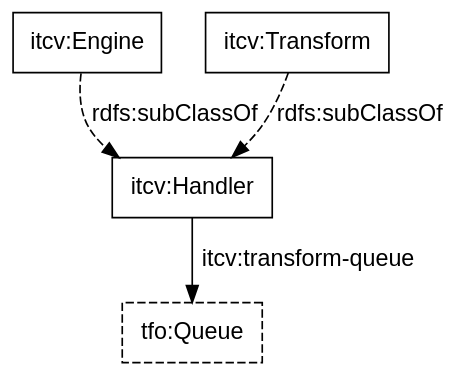
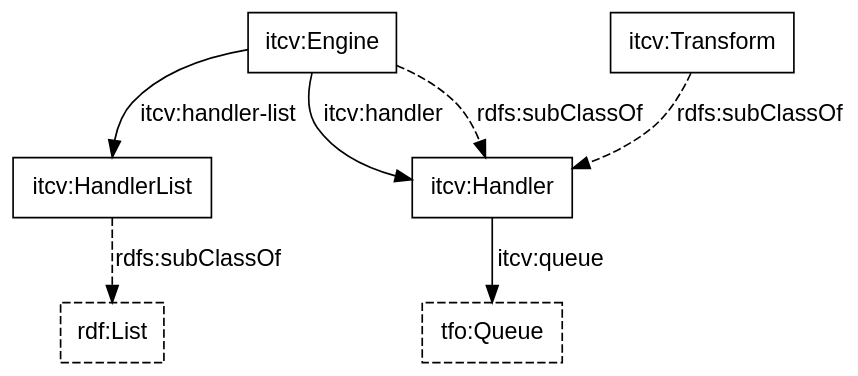
One commit to doriantaylor/owl-intertwingler-vocab changed the diagram in intertwingler-classes.dot. Above: the diagram before and after it, drawn with Graphviz. The commit also changed 2 other files, not shown here.

```diff
--- a/intertwingler-classes.dot
+++ b/intertwingler-classes.dot
@@ -1,32 +1,37 @@
 digraph {
     graph [bgcolor=transparent];
     node [shape=box,color="#000000",fontcolor="#000000",fontname="Lucida Grande, Lucida Sans Unicode, sans-serif"];
     edge [color="#000000",fontcolor="#000000",fontname="Lucida Grande, Lucida Sans Unicode, sans-serif"];
 
 
     // third-party stuff
 
     subgraph {
         node [style=dashed];
+        rdf_List [label="rdf:List", target="_parent", href="https://www.w3.org/TR/rdf-schema/#ch_list"];
         tfo_Queue [label="tfo:Queue", target="_parent", href="https://vocab.methodandstructure.com/transformation#Queue"];
     }
 
     // our classes
 
     itcv_Handler [label="itcv:Handler", target="_parent", href="https://vocab.methodandstructure.com/intertwingler#Handler"];
     itcv_Engine [label="itcv:Engine", target="_parent", href="https://vocab.methodandstructure.com/intertwingler#Engine"];
     itcv_Transform [label="itcv:Transform", target="_parent", href="https://vocab.methodandstructure.com/intertwingler#Transform"];
+    itcv_HandlerList [label="itcv:HandlerList", target="_parent", href="https://vocab.methodandstructure.com/intertwingler#HandlerList"];
 
     // subclass relations
 
     subgraph {
         edge [style=dashed, label="rdfs:subClassOf"];
 
         itcv_Engine    -> itcv_Handler;
         itcv_Transform -> itcv_Handler;
+        itcv_HandlerList -> rdf_List;
     }
 
     // main relations
 
-    itcv_Handler -> tfo_Queue [label="itcv:transform-queue"];
+    itcv_Engine  -> itcv_Handler [label="itcv:handler"];
+    itcv_Engine  -> itcv_HandlerList [label="itcv:handler-list"];
+    itcv_Handler -> tfo_Queue [label="itcv:queue"];
 }
```
